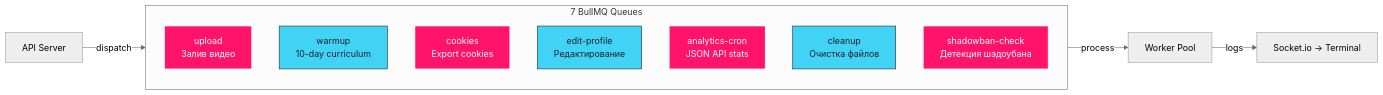
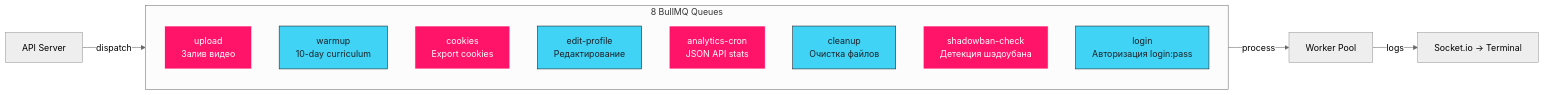
The fifth of 6 diagrams in README.md (simu-lacrum/melonitymedia), drawn with Mermaid (neutral theme) before and after one commit. The commit also changed other lines of this file and 15 other files, not shown here.

````diff
--- a/README.md
+++ b/README.md
@@ -378,24 +385,26 @@
 ```mermaid
 graph LR
-    subgraph Queues["7 BullMQ Queues"]
+    subgraph Queues["8 BullMQ Queues"]
         Q1["upload<br/>Залив видео"]
         Q2["warmup<br/>10-day curriculum"]
         Q3["cookies<br/>Export cookies"]
         Q4["edit-profile<br/>Редактирование"]
         Q5["analytics-cron<br/>JSON API stats"]
         Q6["cleanup<br/>Очистка файлов"]
         Q7["shadowban-check<br/>Детекция шэдоубана"]
+        Q8["login<br/>Авторизация login:pass"]
     end
 
     API[API Server] -->|dispatch| Queues
     Queues -->|process| WORKER[Worker Pool]
     WORKER -->|logs| SOCKET["Socket.io → Terminal"]
 
     style Q1 fill:#ff1469,stroke:#fff,color:#fff
     style Q2 fill:#40D3F5,stroke:#1c2026,color:#1c2026
     style Q3 fill:#ff1469,stroke:#fff,color:#fff
     style Q4 fill:#40D3F5,stroke:#1c2026,color:#1c2026
     style Q5 fill:#ff1469,stroke:#fff,color:#fff
     style Q6 fill:#40D3F5,stroke:#1c2026,color:#1c2026
     style Q7 fill:#ff1469,stroke:#fff,color:#fff
+    style Q8 fill:#40D3F5,stroke:#1c2026,color:#1c2026
 ```
````
